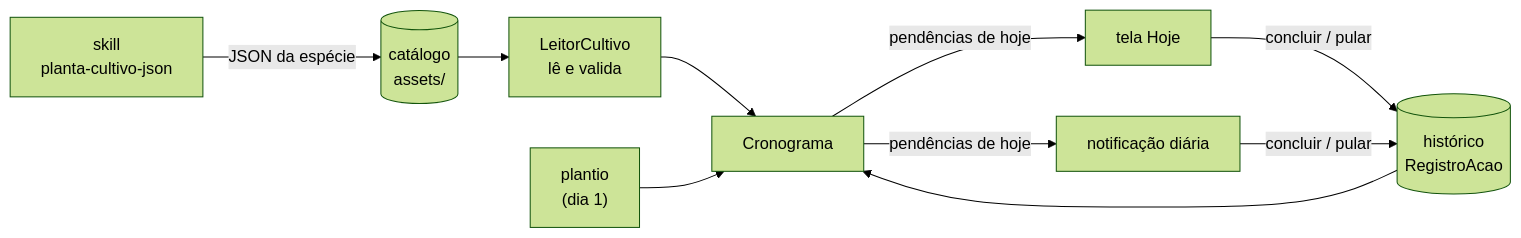
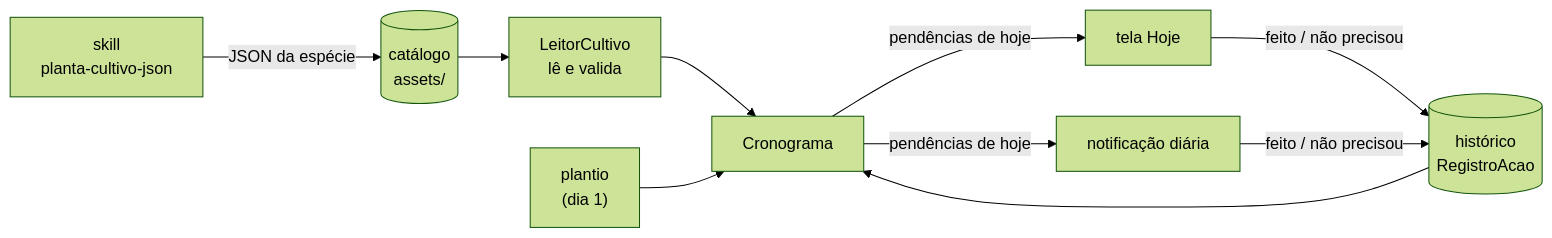
One commit to GuiMartins/jardim changed the diagram in README.md. Above: the diagram before and after it, drawn with Mermaid (forest theme). The commit also changed other lines of this file and 20 other files, not shown here.

````diff
--- a/README.md
+++ b/README.md
@@ -16,12 +16,12 @@
 ```mermaid
 flowchart LR
     S["skill<br/>planta-cultivo-json"] -->|JSON da espécie| C[("catálogo<br/>assets/")]
     C --> L["LeitorCultivo<br/>lê e valida"]
     L --> K["Cronograma"]
     P["plantio<br/>(dia 1)"] --> K
     H[("histórico<br/>RegistroAcao")] --> K
     K -->|pendências de hoje| T["tela Hoje"]
     K -->|pendências de hoje| N["notificação diária"]
-    T -->|concluir / pular| H
-    N -->|concluir / pular| H
+    T -->|feito / não precisou| H
+    N -->|feito / não precisou| H
 ```
````
